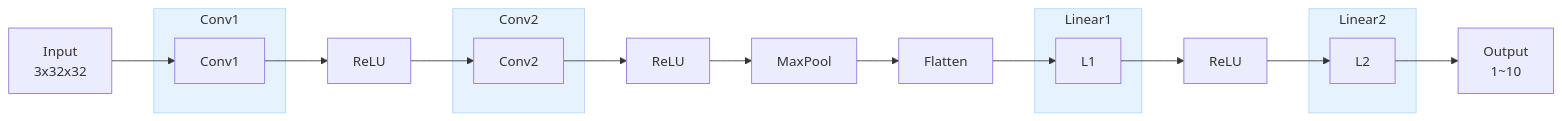
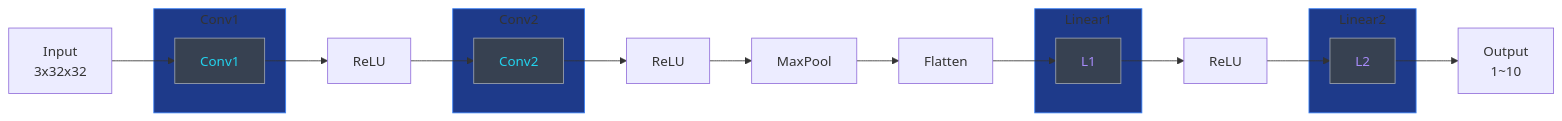
The diagram in pytorch-dl-programming/notes/09.CNN_intro.md (jpotw/ai-study), drawn with Mermaid before and after one commit. The commit also changed other lines of this file and 6 other files, not shown here.

````diff
--- a/pytorch-dl-programming/notes/09.CNN_intro.md
+++ b/pytorch-dl-programming/notes/09.CNN_intro.md
@@ -22,28 +28,32 @@
 ```mermaid
 graph LR
     A[Input<br/>3x32x32] --> B
     subgraph params1[Conv1]
         B[Conv1]
     end
     B --> C[ReLU]
     C --> D
     subgraph params2[Conv2]
         D[Conv2]
     end
     D --> E[ReLU]
     E --> F[MaxPool]
     F --> G[Flatten]
     G --> H
     subgraph params3[Linear1]
         H[L1]
     end
     H --> I[ReLU]
     I --> J
     subgraph params4[Linear2]
         J[L2]
     end
     J --> K[Output<br/>1~10]
 
-    classDef paramLayer fill:#e6f3ff,stroke:#aed6ff
+    classDef paramLayer fill:#1e3a8a,stroke:#3b82f6
+    classDef convLayer fill:#374151,stroke:#9ca3af,color:#22d3ee
+    classDef linearLayer fill:#374151,stroke:#9ca3af,color:#a78bfa
     class params1,params2,params3,params4 paramLayer
+    class B,D convLayer
+    class H,J linearLayer
 ```
````
